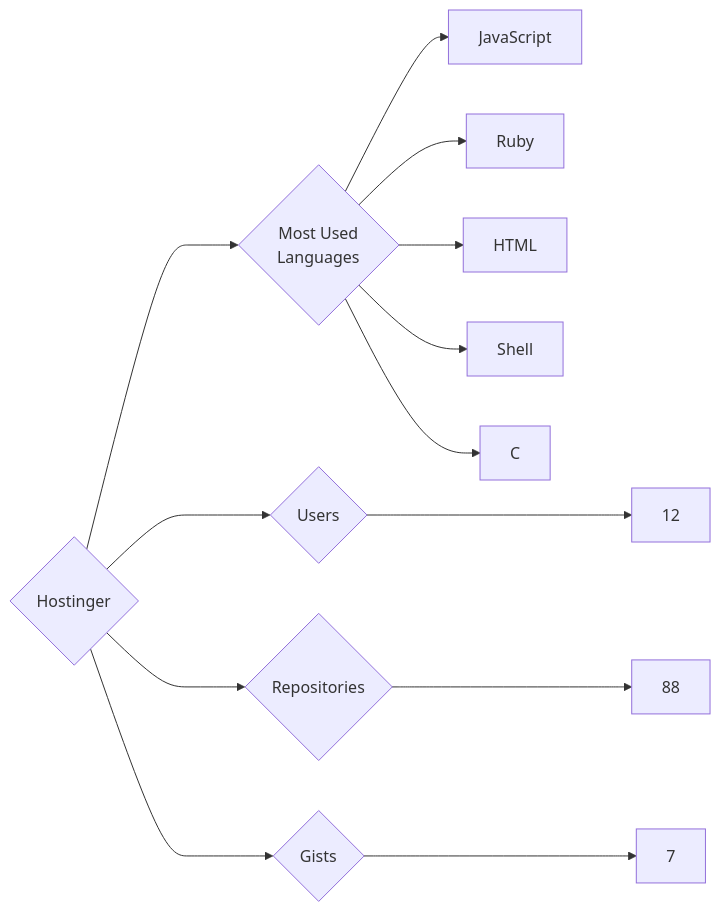
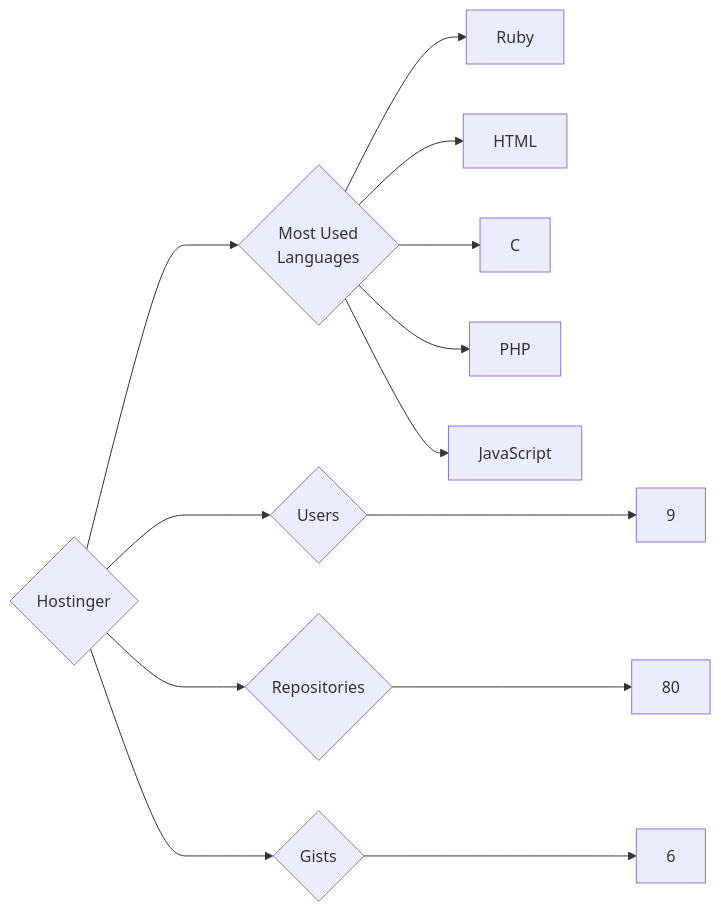
The diagram in targets/Hostinger/README.md (trickest/insiders), drawn with Mermaid before and after one commit. The commit also changed 912 other files, not shown here.

````diff
--- a/targets/Hostinger/README.md
+++ b/targets/Hostinger/README.md
@@ -3,13 +3,13 @@
 ```mermaid
 graph LR
 COMPANY_NAME{Hostinger}
-COMPANY_NAME ---> U{Users} ---> UN[12]
-COMPANY_NAME ---> R{Repositories} ---> RN[88]
-COMPANY_NAME ---> G{Gists} ---> GN[7]
+COMPANY_NAME ---> U{Users} ---> UN[9]
+COMPANY_NAME ---> R{Repositories} ---> RN[80]
+COMPANY_NAME ---> G{Gists} ---> GN[6]
 COMPANY_NAME ---> ML{Most Used<br>Languages}
-ML --> JavaScript[JavaScript]
 ML --> Ruby[Ruby]
 ML --> HTML[HTML]
-ML --> Shell[Shell]
 ML --> C[C]
+ML --> PHP[PHP]
+ML --> JavaScript[JavaScript]
 ```
````
